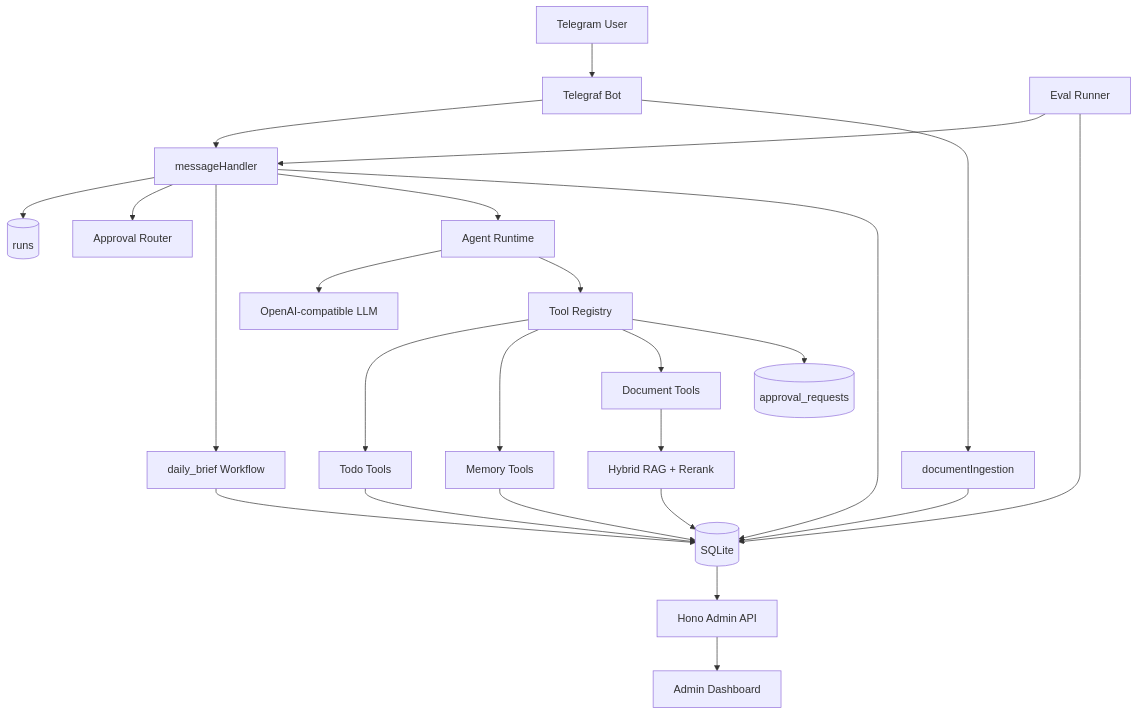
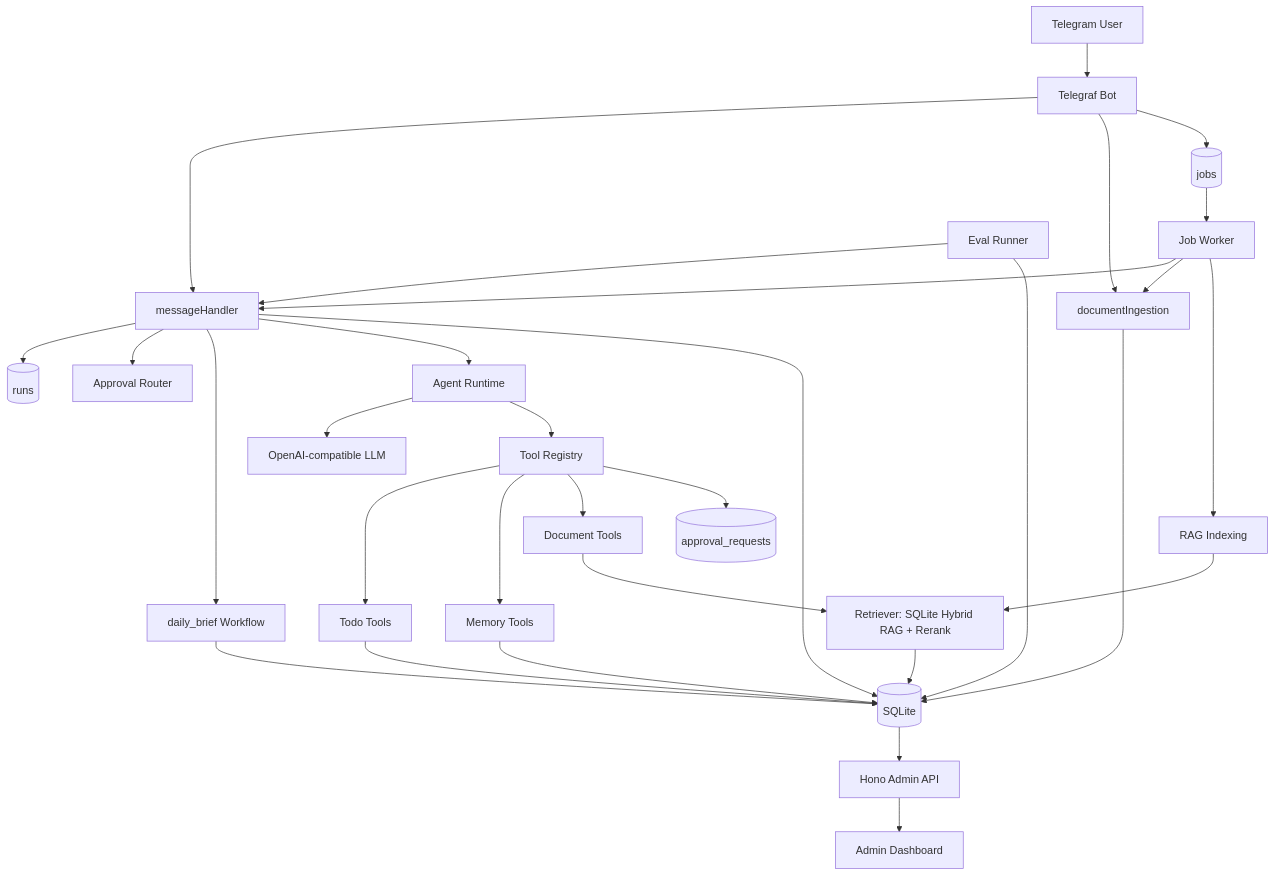
One commit to tower1229/personal-agent changed the diagram in docs/architecture.md. Above: the diagram before and after it, drawn with Mermaid. The commit also changed other lines of this file and 33 other files, not shown here.

First line of the commit message:
feat(jobs): implement job queue with creation, claiming, and processing logic

````diff
--- a/docs/architecture.md
+++ b/docs/architecture.md
@@ -7,27 +7,33 @@
 ```mermaid
 flowchart TD
   U[Telegram User] --> TG[Telegraf Bot]
   TG --> MH[messageHandler]
   TG --> DI[documentIngestion]
+  TG --> JQ[(jobs)]
+  JQ --> JW[Job Worker]
+  JW --> MH
+  JW --> DI
+  JW --> IDX[RAG Indexing]
   MH --> RUNS[(runs)]
   MH --> AR[Approval Router]
   MH --> WF[daily_brief Workflow]
   MH --> AG[Agent Runtime]
   AG --> LLM[OpenAI-compatible LLM]
   AG --> TR[Tool Registry]
   TR --> TODO[Todo Tools]
   TR --> MEM[Memory Tools]
   TR --> DOC[Document Tools]
   TR --> APR[(approval_requests)]
   TODO --> DB[(SQLite)]
   MEM --> DB
-  DOC --> RAG[Hybrid RAG + Rerank]
+  DOC --> RAG[Retriever: SQLite Hybrid RAG + Rerank]
   RAG --> DB
   DI --> DB
+  IDX --> RAG
   WF --> DB
   MH --> DB
   DB --> ADMIN[Hono Admin API]
   ADMIN --> UI[Admin Dashboard]
   EVAL[Eval Runner] --> MH
   EVAL --> DB
 ```
````
